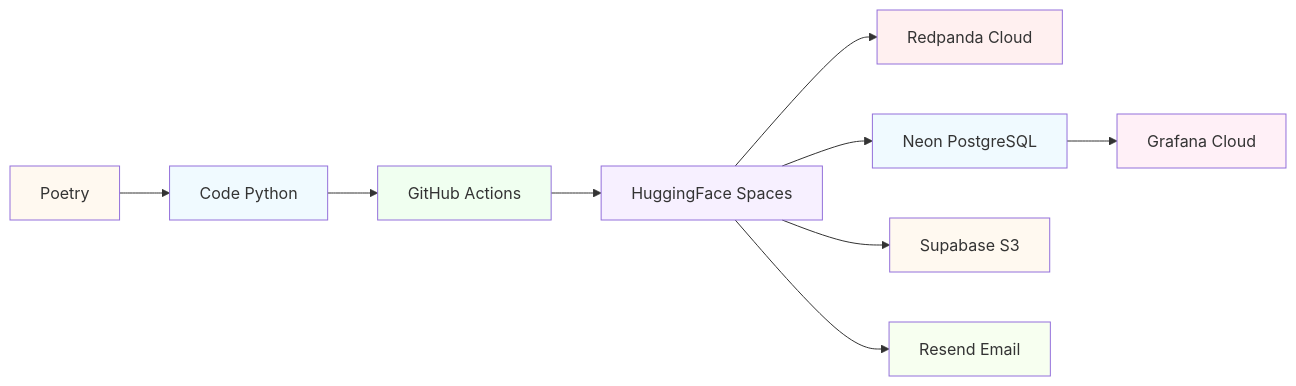
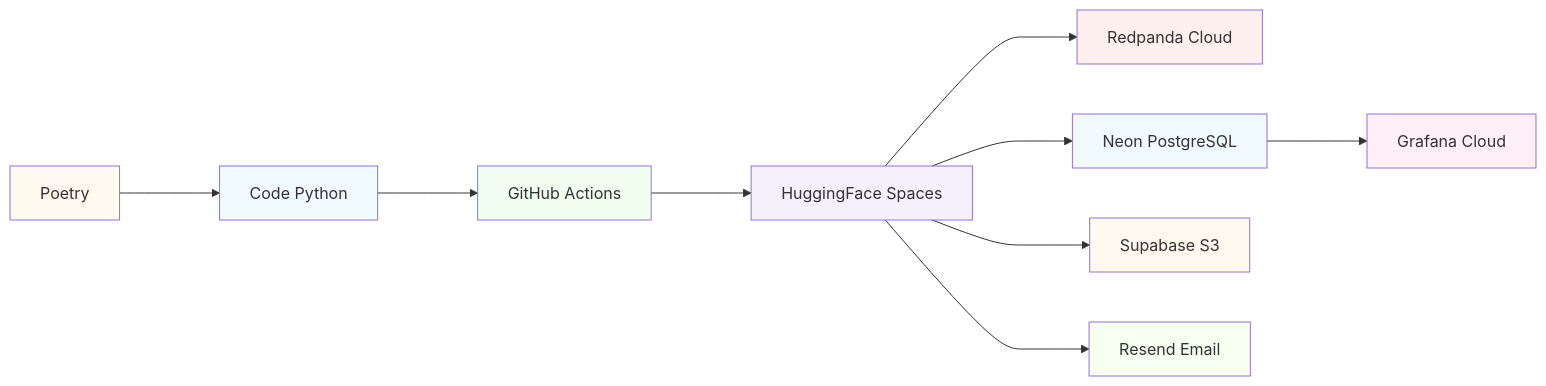
Before and after one commit to jefraudai/jefraudai: diagram 11 of 11 in Services/slidev/slides.md, drawn with Mermaid. The commit also changed other lines of this file and 14 other files, not shown here.

````diff
--- a/Services/slidev/slides.md
+++ b/Services/slidev/slides.md
@@ -363,21 +544,21 @@
 ```mermaid
 flowchart LR
-    Dev[Code Python] --> GitHub[GitHub Actions]
-    Poetry[Poetry] --> Dev
-    GitHub --> HF[HuggingFace Spaces]
-    HF --> Redpanda[Redpanda Cloud]
-    HF --> Neon[Neon PostgreSQL]
-    HF --> Supabase[Supabase S3]
-    Neon --> GrafanaCloud[Grafana Cloud]
-    HF --> Resend[Resend Email]
+    Dev[Code Python] ---> GitHub[GitHub Actions]
+    Poetry[Poetry] ---> Dev
+    GitHub ---> HF[HuggingFace Spaces]
+    HF ---> Redpanda[Redpanda Cloud]
+    HF ---> Neon[Neon PostgreSQL]
+    HF ---> Supabase[Supabase S3]
+    Neon ---> GrafanaCloud[Grafana Cloud]
+    HF ---> Resend[Resend Email]
     
     style Dev fill:#e1f5ff,fill-opacity:0.5
     style Poetry fill:#fff4e1,fill-opacity:0.5
     style GitHub fill:#e1ffe1,fill-opacity:0.5
     style HF fill:#f0e1ff,fill-opacity:0.5
     style Redpanda fill:#ffe1e1,fill-opacity:0.5
     style Neon fill:#e1f5ff,fill-opacity:0.5
     style Supabase fill:#fff4e1,fill-opacity:0.5
     style GrafanaCloud fill:#ffe1f0,fill-opacity:0.5
     style Resend fill:#f0ffe1,fill-opacity:0.5
 ```
````
